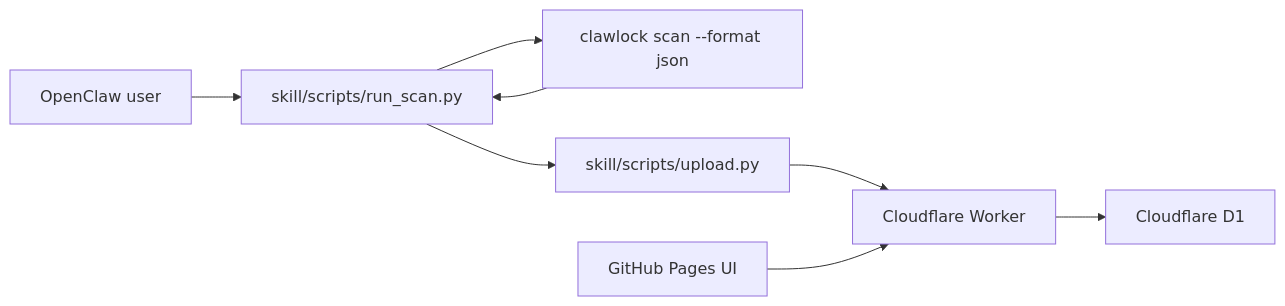
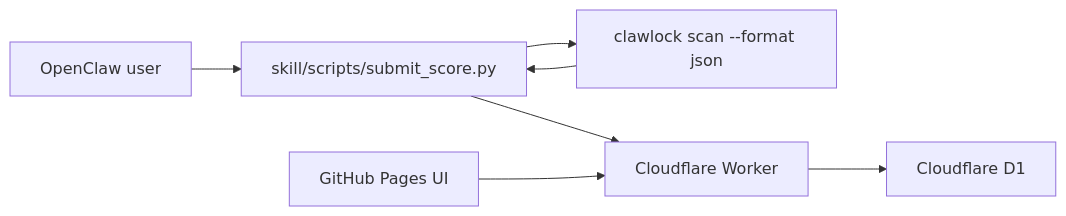
Before and after one commit to g1at/ClawLock-Rank: the diagram in README.md, drawn with Mermaid. The commit also changed other lines of this file and 7 other files, not shown here.

````diff
--- a/README.md
+++ b/README.md
@@ -7,10 +9,9 @@
 ```mermaid
 flowchart LR
-  A["OpenClaw user"] --> B["skill/scripts/run_scan.py"]
+  A["OpenClaw user"] --> B["skill/scripts/submit_score.py"]
   B --> C["clawlock scan --format json"]
   C --> B
-  B --> D["skill/scripts/upload.py"]
-  D --> E["Cloudflare Worker"]
-  E --> F["Cloudflare D1"]
-  G["GitHub Pages UI"] --> E
+  B --> D["Cloudflare Worker"]
+  D --> E["Cloudflare D1"]
+  F["GitHub Pages UI"] --> D
 ```
````
